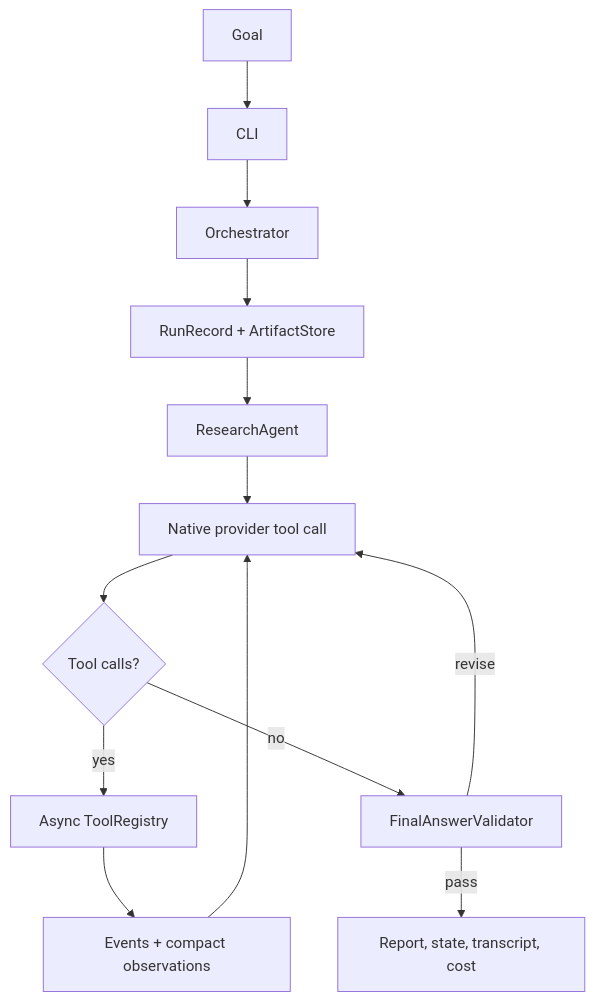
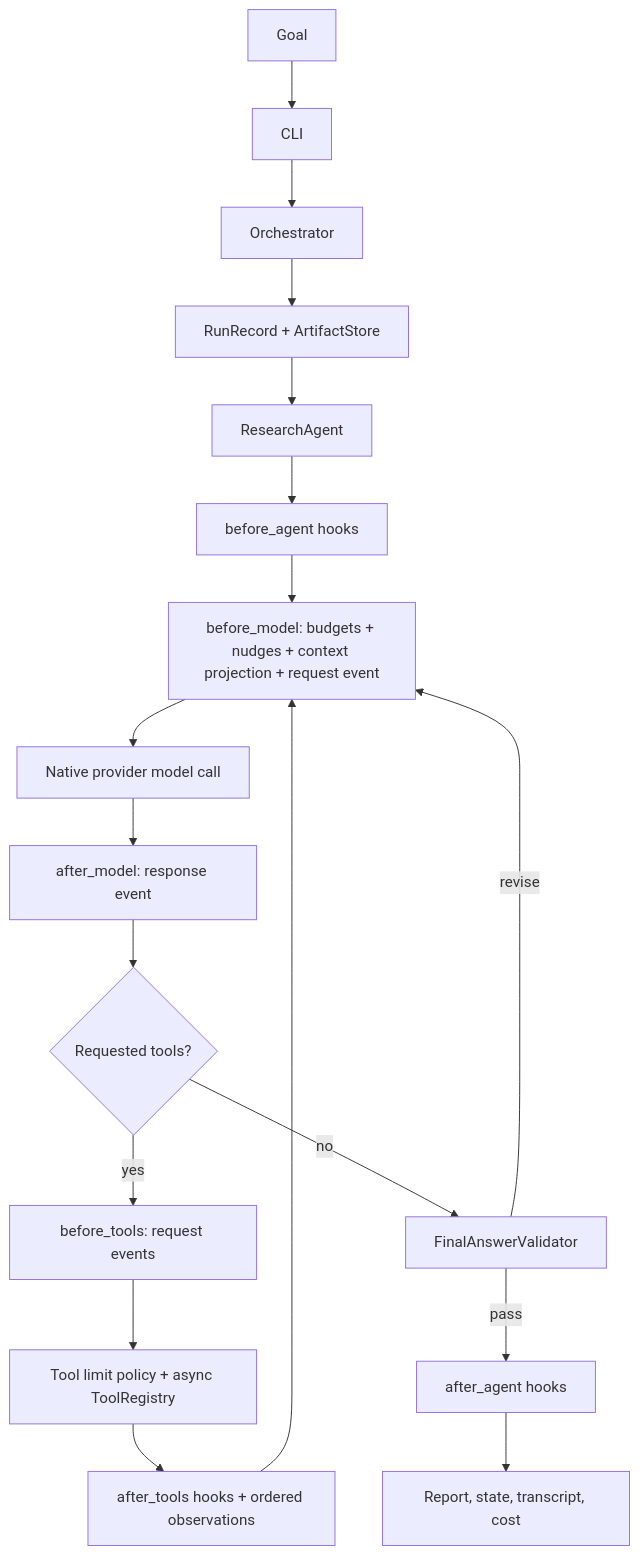
One commit to michaelzoub/research-agent changed the first of 4 diagrams in docs/architecture.md. Above: the diagram before and after it, drawn with Mermaid. The commit also changed other lines of this file and 30 other files, not shown here.

````diff
--- a/docs/architecture.md
+++ b/docs/architecture.md
@@ -9,15 +9,20 @@
 ```mermaid
 flowchart TD
   user["Goal"] --> cli["CLI"]
   cli --> orchestrator["Orchestrator"]
   orchestrator --> state["RunRecord + ArtifactStore"]
   state --> agent["ResearchAgent"]
-  agent --> model["Native provider tool call"]
-  model --> decision{"Tool calls?"}
-  decision -->|yes| registry["Async ToolRegistry"]
-  registry --> events["Events + compact observations"]
-  events --> model
+  agent --> beforeAgent["before_agent hooks"]
+  beforeAgent --> beforeModel["before_model: budgets + nudges + context projection + request event"]
+  beforeModel --> model["Native provider model call"]
+  model --> afterModel["after_model: response event"]
+  afterModel --> decision{"Requested tools?"}
+  decision -->|yes| beforeTools["before_tools: request events"]
+  beforeTools --> registry["Tool limit policy + async ToolRegistry"]
+  registry --> afterTools["after_tools hooks + ordered observations"]
+  afterTools --> beforeModel
   decision -->|no| validator["FinalAnswerValidator"]
-  validator -->|revise| model
-  validator -->|pass| artifacts["Report, state, transcript, cost"]
+  validator -->|revise| beforeModel
+  validator -->|pass| afterAgent["after_agent hooks"]
+  afterAgent --> artifacts["Report, state, transcript, cost"]
 ```
````
